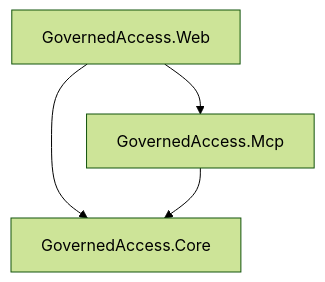
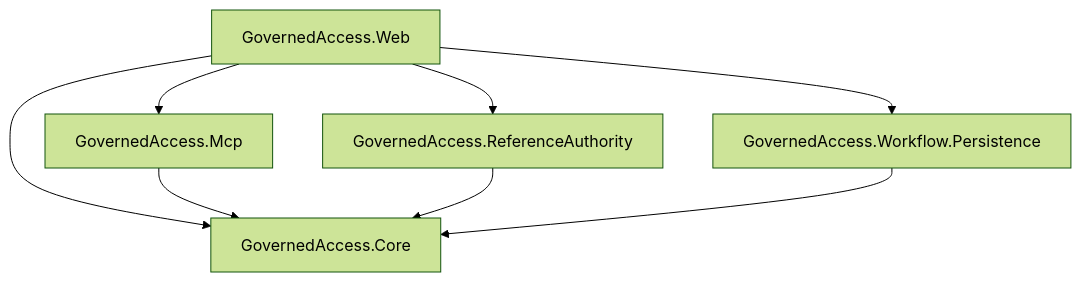
The second of 4 diagrams in docs/architecture.md (mariusz-kacz/production-access-request-assistant), drawn with Mermaid (forest theme) before and after one commit. The commit also changed other lines of this file and 20 other files, not shown here.

````diff
--- a/docs/architecture.md
+++ b/docs/architecture.md
@@ -64,10 +66,16 @@
 ```mermaid
 flowchart TB
     Web[GovernedAccess.Web]
     Mcp[GovernedAccess.Mcp]
+    Reference[GovernedAccess.ReferenceAuthority]
+    Workflow[GovernedAccess.Workflow.Persistence]
     Core[GovernedAccess.Core]
 
     Web --> Core
     Web --> Mcp
+    Web --> Reference
+    Web --> Workflow
     Mcp --> Core
+    Reference --> Core
+    Workflow --> Core
 ```
````
